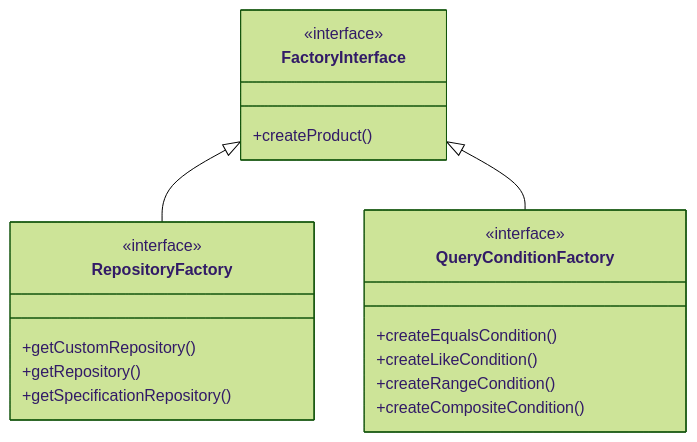
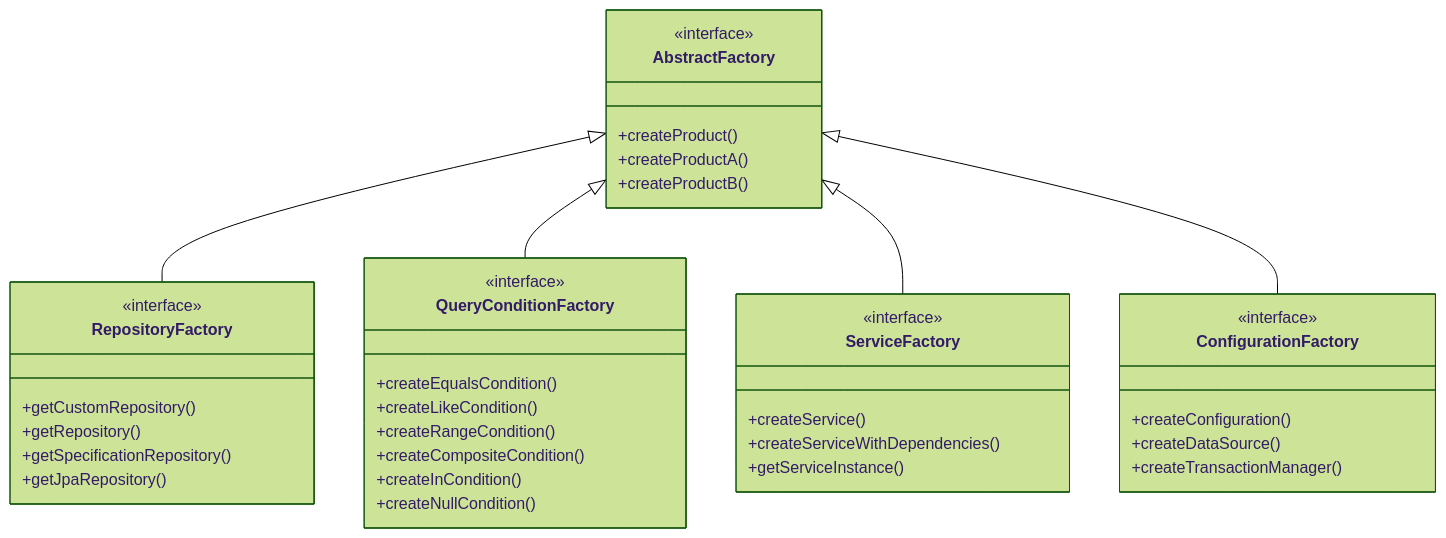
The fifth of 16 diagrams in README.md (Vinskao/ty-multiverse-backend), drawn with Mermaid (forest theme) before and after one commit. The commit also changed other lines of this file, not shown here.

Commit message:
info: update graph

````diff
--- a/README.md
+++ b/README.md
@@ -189,25 +293,46 @@
 ```mermaid
 classDiagram
-    class FactoryInterface {
+    class AbstractFactory {
         <<interface>>
         +createProduct()
+        +createProductA()
+        +createProductB()
     }
     
     class RepositoryFactory {
         <<interface>>
         +getCustomRepository()
         +getRepository()
         +getSpecificationRepository()
+        +getJpaRepository()
     }
     
     class QueryConditionFactory {
         <<interface>>
         +createEqualsCondition()
         +createLikeCondition()
         +createRangeCondition()
         +createCompositeCondition()
+        +createInCondition()
+        +createNullCondition()
     }
     
-    FactoryInterface <|-- RepositoryFactory
-    FactoryInterface <|-- QueryConditionFactory
+    class ServiceFactory {
+        <<interface>>
+        +createService()
+        +createServiceWithDependencies()
+        +getServiceInstance()
+    }
+    
+    class ConfigurationFactory {
+        <<interface>>
+        +createConfiguration()
+        +createDataSource()
+        +createTransactionManager()
+    }
+    
+    AbstractFactory <|-- RepositoryFactory
+    AbstractFactory <|-- QueryConditionFactory
+    AbstractFactory <|-- ServiceFactory
+    AbstractFactory <|-- ConfigurationFactory
 ```
````
